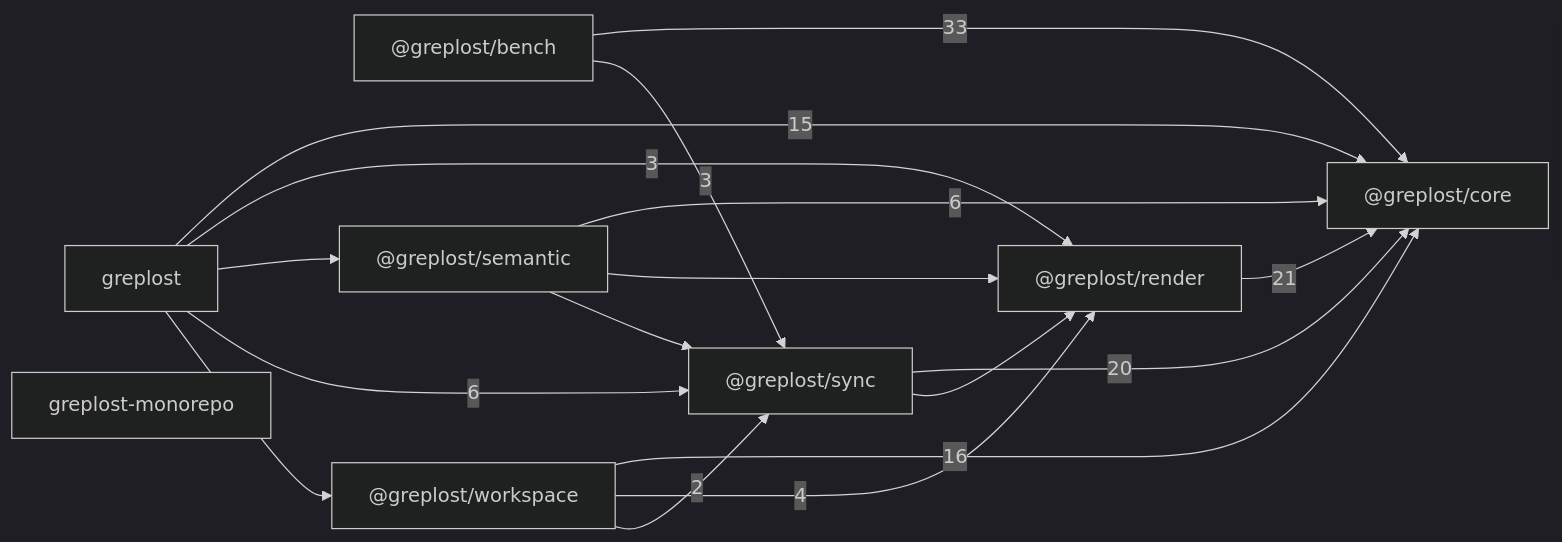
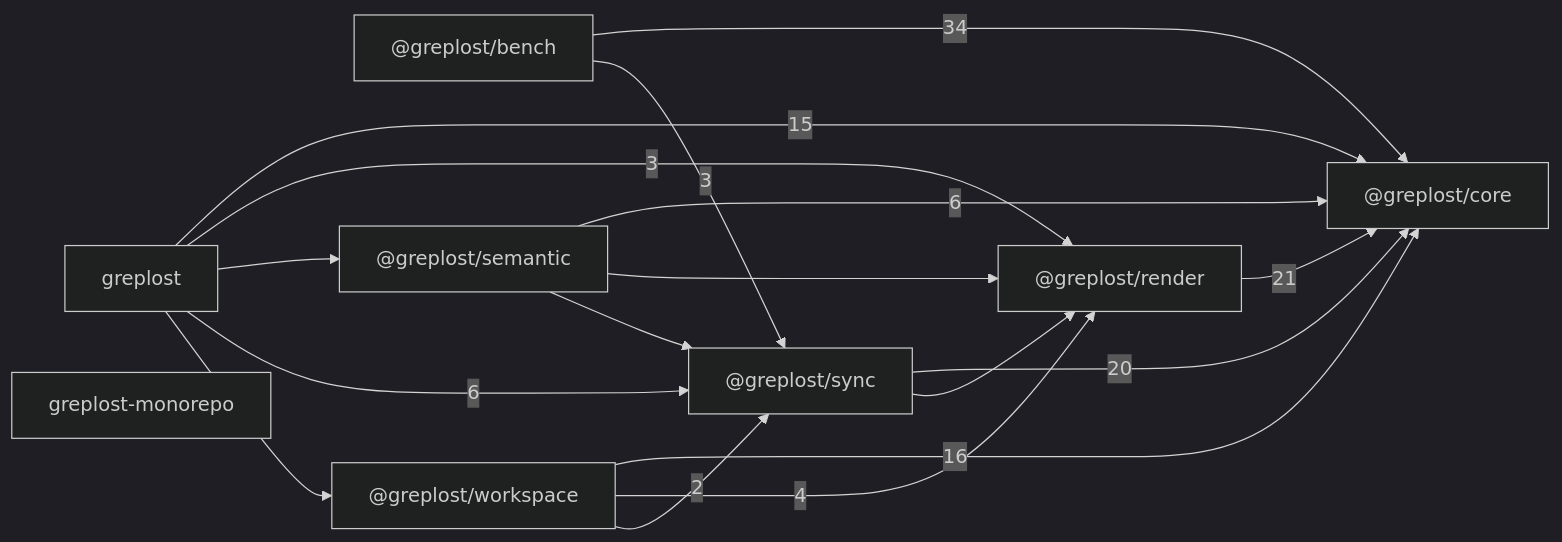
One commit to sns45/greplost changed the diagram in .greplost/repo/MAP.md. Above: the diagram before and after it, drawn with Mermaid (dark theme). The commit also changed other lines of this file and 19 other files, not shown here.

````diff
--- a/.greplost/repo/MAP.md
+++ b/.greplost/repo/MAP.md
@@ -21,27 +21,27 @@
 ```mermaid
 graph LR
   _greplost_bench["@greplost/bench"]
   _greplost_core["@greplost/core"]
   _greplost_render["@greplost/render"]
   _greplost_semantic["@greplost/semantic"]
   _greplost_sync["@greplost/sync"]
   _greplost_workspace["@greplost/workspace"]
   greplost["greplost"]
   greplost_monorepo["greplost-monorepo"]
-  _greplost_bench -->|33| _greplost_core
+  _greplost_bench -->|34| _greplost_core
   _greplost_bench -->|3| _greplost_sync
   _greplost_render -->|21| _greplost_core
   _greplost_semantic -->|6| _greplost_core
   _greplost_semantic --> _greplost_render
   _greplost_semantic --> _greplost_sync
   _greplost_sync -->|20| _greplost_core
   _greplost_sync --> _greplost_render
   _greplost_workspace -->|16| _greplost_core
   _greplost_workspace -->|4| _greplost_render
   _greplost_workspace -->|2| _greplost_sync
   greplost -->|15| _greplost_core
   greplost -->|3| _greplost_render
   greplost --> _greplost_semantic
   greplost -->|6| _greplost_sync
   greplost --> _greplost_workspace
 ```
````
